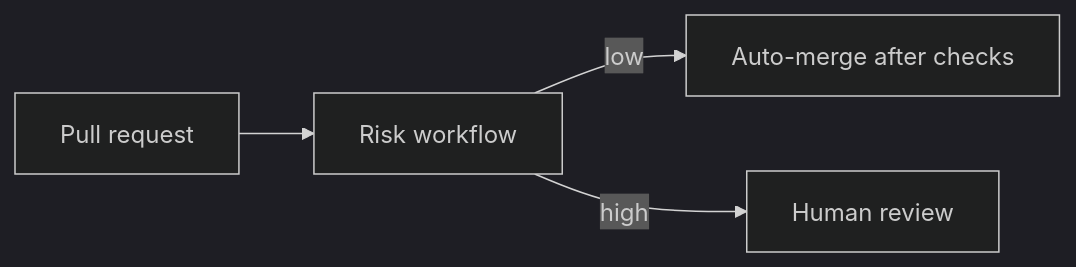
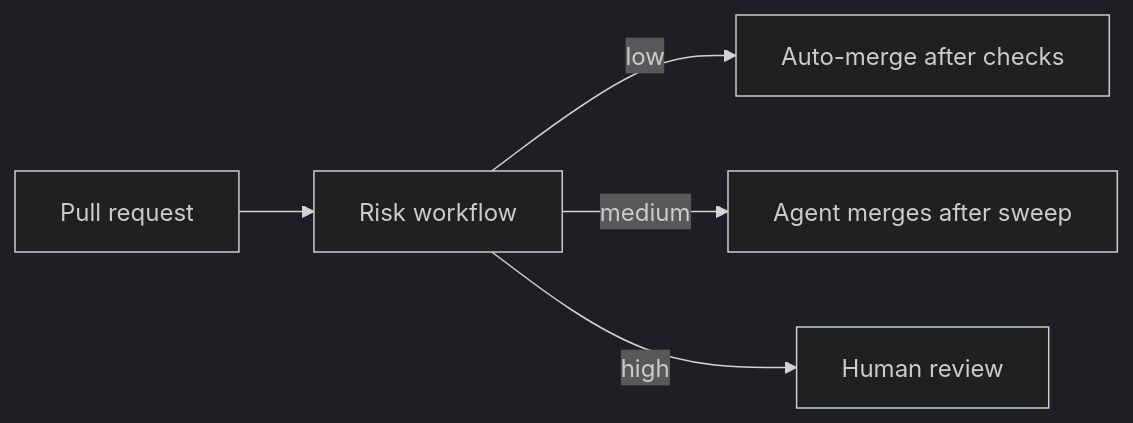
Before and after one commit to tatesocha/engineering-playbook: the first of 3 diagrams in technical-capabilities.md, drawn with Mermaid (dark theme). The commit also changed other lines of this file and 4 other files, not shown here.

````diff
--- a/technical-capabilities.md
+++ b/technical-capabilities.md
@@ -27,6 +27,7 @@
 ```mermaid
 flowchart LR
   PR[Pull request] --> W[Risk workflow]
   W -->|low| AM[Auto-merge after checks]
+  W -->|medium| MM[Agent merges after sweep]
   W -->|high| RV[Human review]
 ```
````
